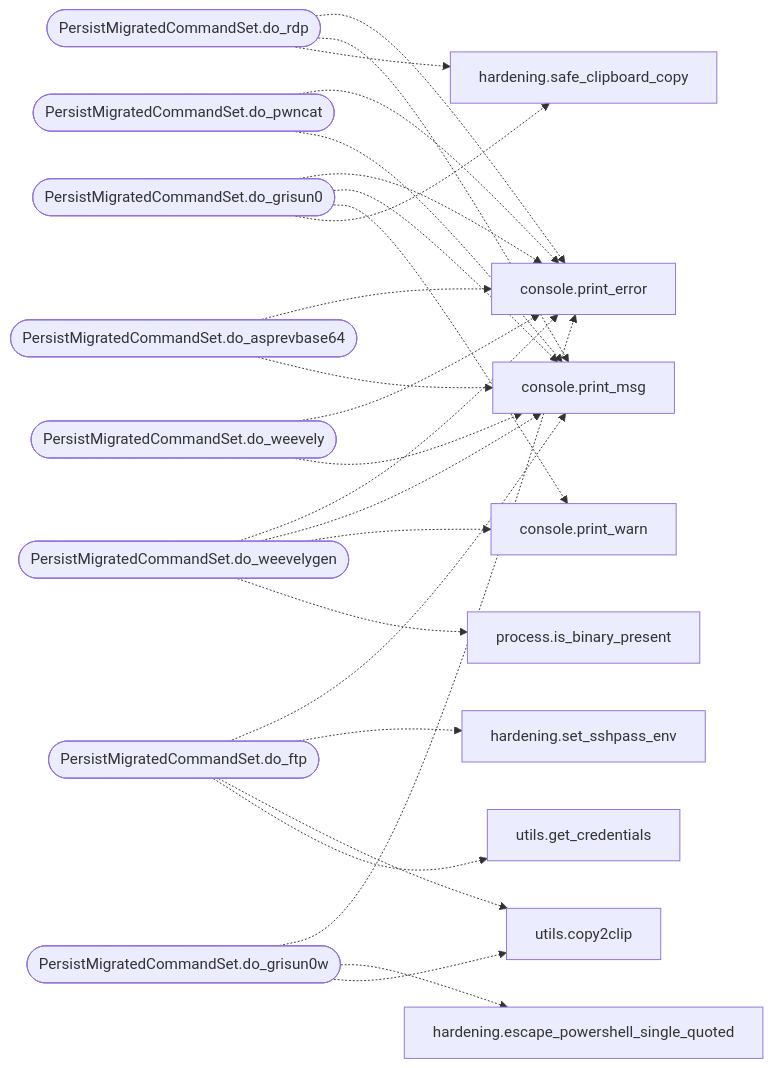
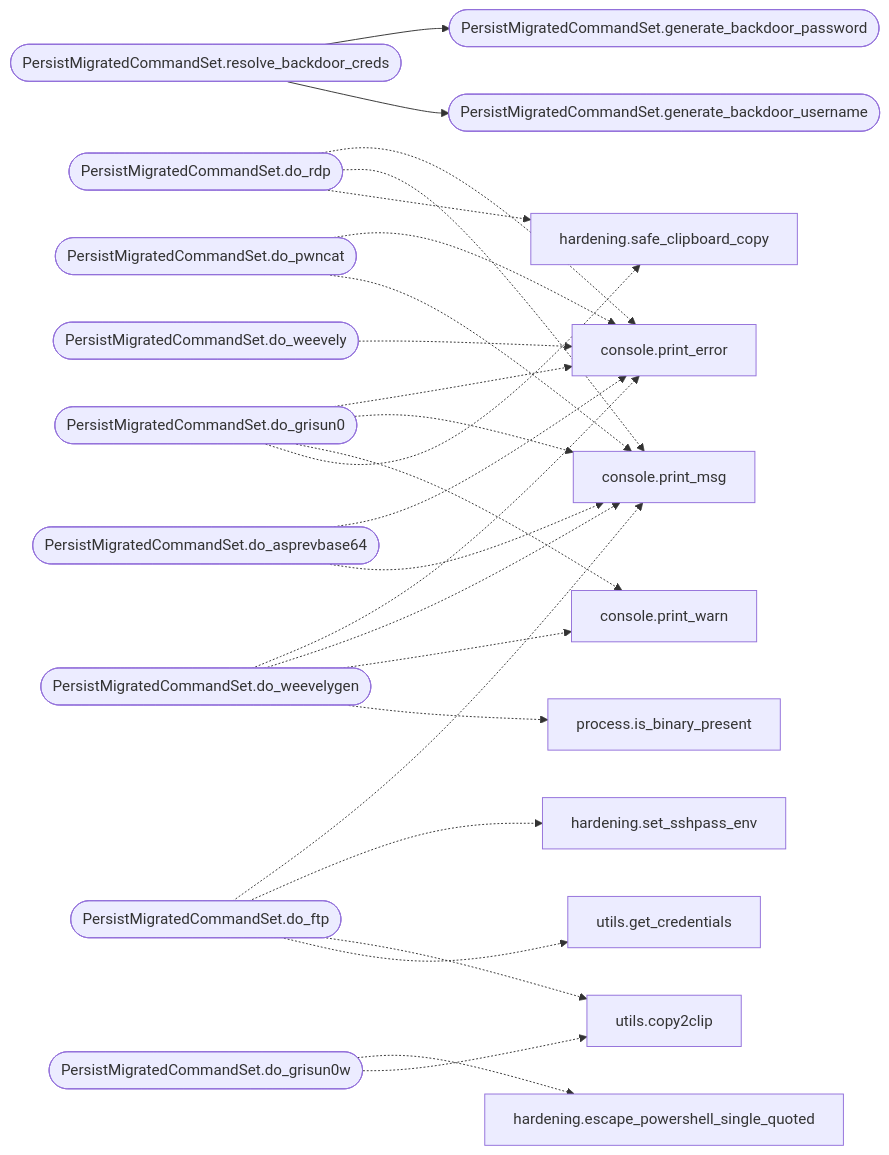
Before and after one commit to grisuno/LazyOwn: the second of 2 diagrams in readmenator-apidocs/modules/cli.commands.persist_migrated.py.md, drawn with Mermaid. The commit also changed other lines of this file and 472 other files, not shown here.

````diff
--- a/readmenator-apidocs/modules/cli.commands.persist_migrated.py.md
+++ b/readmenator-apidocs/modules/cli.commands.persist_migrated.py.md
@@ -51,44 +51,47 @@
 ```mermaid
 flowchart LR
+    n_cli_commands_persist_migrated_py__PersistMigratedCommandSet_resolve_backdoor_creds(["PersistMigratedCommandSet.resolve_backdoor_creds"])
+    n_cli_commands_persist_migrated_py__PersistMigratedCommandSet_generate_backdoor_password(["PersistMigratedCommandSet.generate_backdoor_password"])
+    n_cli_commands_persist_migrated_py__PersistMigratedCommandSet_generate_backdoor_username(["PersistMigratedCommandSet.generate_backdoor_username"])
     n_cli_commands_persist_migrated_py__PersistMigratedCommandSet_do_pwncat(["PersistMigratedCommandSet.do_pwncat"])
     n_core_console_py__print_error["console.print_error"]
     n_core_console_py__print_msg["console.print_msg"]
     n_cli_commands_persist_migrated_py__PersistMigratedCommandSet_do_ftp(["PersistMigratedCommandSet.do_ftp"])
     n_core_hardening_py__set_sshpass_env["hardening.set_sshpass_env"]
     n_utils_py__copy2clip["utils.copy2clip"]
     n_utils_py__get_credentials["utils.get_credentials"]
     n_cli_commands_persist_migrated_py__PersistMigratedCommandSet_do_rdp(["PersistMigratedCommandSet.do_rdp"])
     n_core_hardening_py__safe_clipboard_copy["hardening.safe_clipboard_copy"]
     n_cli_commands_persist_migrated_py__PersistMigratedCommandSet_do_grisun0(["PersistMigratedCommandSet.do_grisun0"])
     n_core_console_py__print_warn["console.print_warn"]
     n_cli_commands_persist_migrated_py__PersistMigratedCommandSet_do_grisun0w(["PersistMigratedCommandSet.do_grisun0w"])
     n_core_hardening_py__escape_powershell_single_quoted["hardening.escape_powershell_single_quoted"]
     n_cli_commands_persist_migrated_py__PersistMigratedCommandSet_do_asprevbase64(["PersistMigratedCommandSet.do_asprevbase64"])
     n_cli_commands_persist_migrated_py__PersistMigratedCommandSet_do_weevelygen(["PersistMigratedCommandSet.do_weevelygen"])
     n_core_process_py__is_binary_present["process.is_binary_present"]
     n_cli_commands_persist_migrated_py__PersistMigratedCommandSet_do_weevely(["PersistMigratedCommandSet.do_weevely"])
+    n_cli_commands_persist_migrated_py__PersistMigratedCommandSet_resolve_backdoor_creds --> n_cli_commands_persist_migrated_py__PersistMigratedCommandSet_generate_backdoor_password
+    n_cli_commands_persist_migrated_py__PersistMigratedCommandSet_resolve_backdoor_creds --> n_cli_commands_persist_migrated_py__PersistMigratedCommandSet_generate_backdoor_username
     n_cli_commands_persist_migrated_py__PersistMigratedCommandSet_do_pwncat -.-> n_core_console_py__print_error
     n_cli_commands_persist_migrated_py__PersistMigratedCommandSet_do_pwncat -.-> n_core_console_py__print_msg
     n_cli_commands_persist_migrated_py__PersistMigratedCommandSet_do_ftp -.-> n_core_console_py__print_msg
     n_cli_commands_persist_migrated_py__PersistMigratedCommandSet_do_ftp -.-> n_core_hardening_py__set_sshpass_env
     n_cli_commands_persist_migrated_py__PersistMigratedCommandSet_do_ftp -.-> n_utils_py__copy2clip
     n_cli_commands_persist_migrated_py__PersistMigratedCommandSet_do_ftp -.-> n_utils_py__get_credentials
     n_cli_commands_persist_migrated_py__PersistMigratedCommandSet_do_rdp -.-> n_core_console_py__print_error
     n_cli_commands_persist_migrated_py__PersistMigratedCommandSet_do_rdp -.-> n_core_console_py__print_msg
     n_cli_commands_persist_migrated_py__PersistMigratedCommandSet_do_rdp -.-> n_core_hardening_py__safe_clipboard_copy
     n_cli_commands_persist_migrated_py__PersistMigratedCommandSet_do_grisun0 -.-> n_core_console_py__print_error
     n_cli_commands_persist_migrated_py__PersistMigratedCommandSet_do_grisun0 -.-> n_core_console_py__print_msg
     n_cli_commands_persist_migrated_py__PersistMigratedCommandSet_do_grisun0 -.-> n_core_console_py__print_warn
     n_cli_commands_persist_migrated_py__PersistMigratedCommandSet_do_grisun0 -.-> n_core_hardening_py__safe_clipboard_copy
-    n_cli_commands_persist_migrated_py__PersistMigratedCommandSet_do_grisun0w -.-> n_core_console_py__print_error
     n_cli_commands_persist_migrated_py__PersistMigratedCommandSet_do_grisun0w -.-> n_core_hardening_py__escape_powershell_single_quoted
     n_cli_commands_persist_migrated_py__PersistMigratedCommandSet_do_grisun0w -.-> n_utils_py__copy2clip
     n_cli_commands_persist_migrated_py__PersistMigratedCommandSet_do_asprevbase64 -.-> n_core_console_py__print_error
     n_cli_commands_persist_migrated_py__PersistMigratedCommandSet_do_asprevbase64 -.-> n_core_console_py__print_msg
     n_cli_commands_persist_migrated_py__PersistMigratedCommandSet_do_weevelygen -.-> n_core_console_py__print_error
     n_cli_commands_persist_migrated_py__PersistMigratedCommandSet_do_weevelygen -.-> n_core_console_py__print_msg
     n_cli_commands_persist_migrated_py__PersistMigratedCommandSet_do_weevelygen -.-> n_core_console_py__print_warn
     n_cli_commands_persist_migrated_py__PersistMigratedCommandSet_do_weevelygen -.-> n_core_process_py__is_binary_present
     n_cli_commands_persist_migrated_py__PersistMigratedCommandSet_do_weevely -.-> n_core_console_py__print_error
-    n_cli_commands_persist_migrated_py__PersistMigratedCommandSet_do_weevely -.-> n_core_console_py__print_msg
 ```
````
